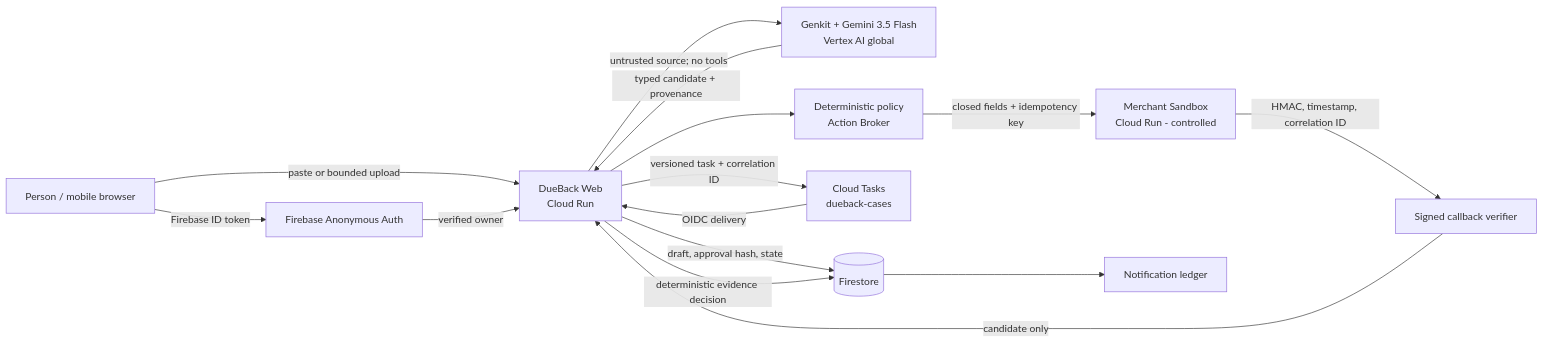
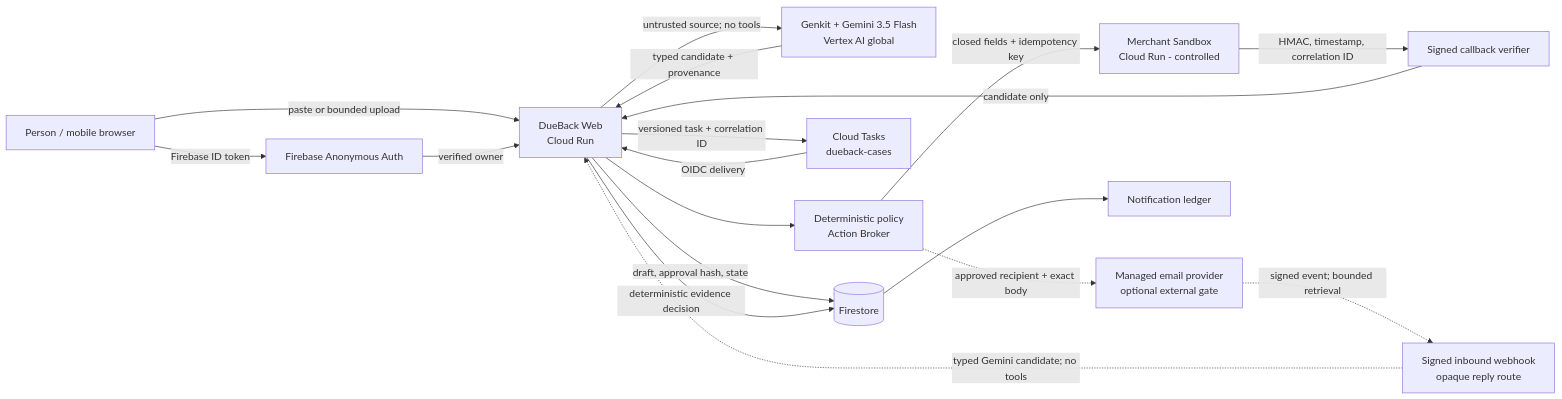
The diagram in docs/architecture/dueback.md (JuanTorchia/dueback), drawn with Mermaid before and after one commit. The commit also changed other lines of this file and 12 other files, not shown here.

````diff
--- a/docs/architecture/dueback.md
+++ b/docs/architecture/dueback.md
@@ -5,28 +5,33 @@
 ```mermaid
 flowchart LR
   P[Person / mobile browser]
   A[Firebase Anonymous Auth]
   W[DueBack Web\nCloud Run]
   G[Genkit + Gemini 3.5 Flash\nVertex AI global]
   F[(Firestore)]
   Q[Cloud Tasks\ndueback-cases]
   B[Deterministic policy\nAction Broker]
   M[Merchant Sandbox\nCloud Run - controlled]
+  E[Managed email provider\noptional external gate]
   V[Signed callback verifier]
+  I[Signed inbound webhook\nopaque reply route]
   N[Notification ledger]
 
   P -->|paste or bounded upload| W
   P -->|Firebase ID token| A
   A -->|verified owner| W
   W -->|untrusted source; no tools| G
   G -->|typed candidate + provenance| W
   W -->|draft, approval hash, state| F
   W -->|versioned task + correlation ID| Q
   Q -->|OIDC delivery| W
   W --> B
   B -->|closed fields + idempotency key| M
+  B -.->|approved recipient + exact body| E
   M -->|HMAC, timestamp, correlation ID| V
+  E -.->|signed event; bounded retrieval| I
+  I -.->|typed Gemini candidate; no tools| W
   V -->|candidate only| W
   W -->|deterministic evidence decision| F
   F --> N
 ```
````
